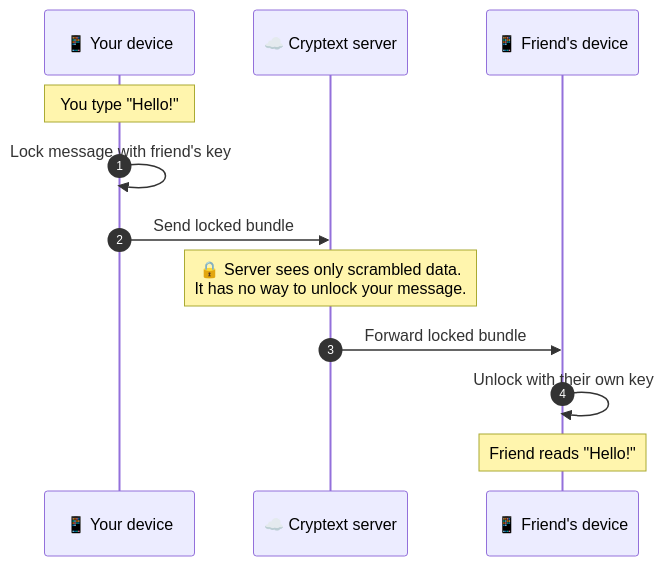
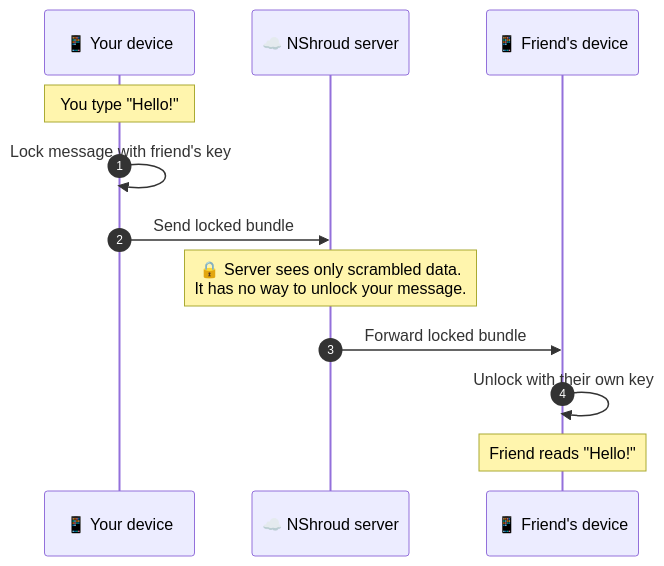
One commit to abhichenna00/Cryptext_Client changed the first of 2 diagrams in README.md. Above: the diagram before and after it, drawn with Mermaid. The commit also changed other lines of this file and 2 other files, not shown here.

Commit message:
chore: finish NShroud rename in release workflow, LICENSE, and README

````diff
--- a/README.md
+++ b/README.md
@@ -11,15 +11,15 @@
 ```mermaid
 sequenceDiagram
     autonumber
     participant You as 📱 Your device
-    participant Server as ☁️ Cryptext server
+    participant Server as ☁️ NShroud server
     participant Friend as 📱 Friend's device
 
     Note over You: You type "Hello!"
     You->>You: Lock message with friend's key
     You->>Server: Send locked bundle
     Note over Server: 🔒 Server sees only scrambled data.<br/>It has no way to unlock your message.
     Server->>Friend: Forward locked bundle
     Friend->>Friend: Unlock with their own key
     Note over Friend: Friend reads "Hello!"
 ```
````
